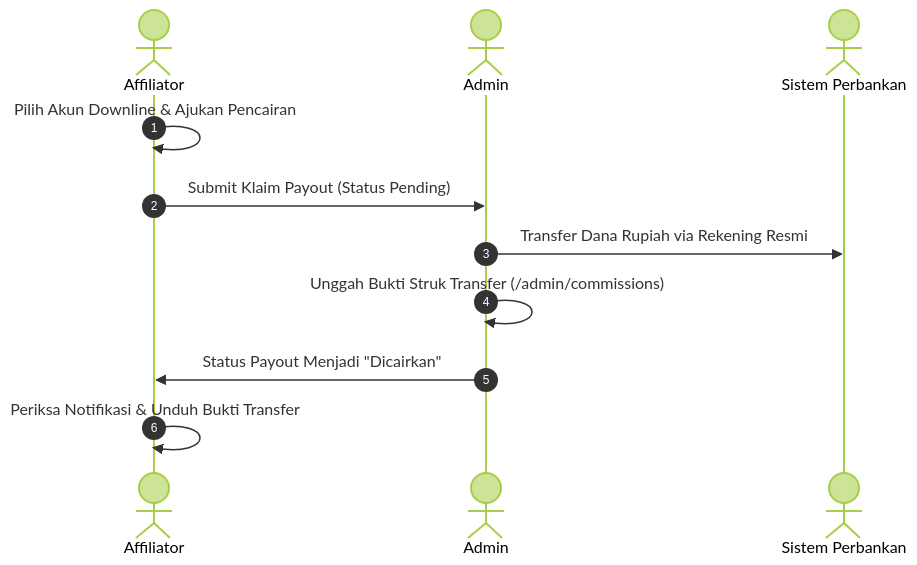
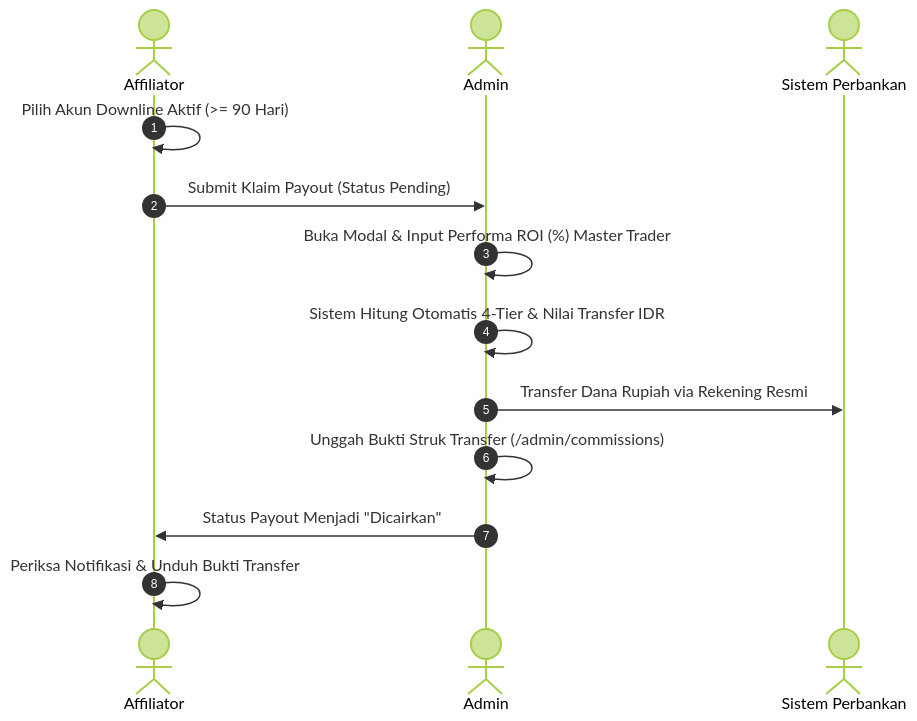
One commit to fransgabrielhutauruk/yzd-center changed the fourth of 4 diagrams in docs/uat/lembar-pengujian-uat-lengkap.md. Above: the diagram before and after it, drawn with Mermaid (forest theme). The commit also changed other lines of this file and 1 other file, not shown here.

````diff
--- a/docs/uat/lembar-pengujian-uat-lengkap.md
+++ b/docs/uat/lembar-pengujian-uat-lengkap.md
@@ -269,13 +299,15 @@
 ```mermaid
 sequenceDiagram
     autonumber
     actor Affiliator
     actor Admin
     actor Bank as Sistem Perbankan
-    Affiliator->>Affiliator: Pilih Akun Downline & Ajukan Pencairan
+    Affiliator->>Affiliator: Pilih Akun Downline Aktif (>= 90 Hari)
     Affiliator->>Admin: Submit Klaim Payout (Status Pending)
+    Admin->>Admin: Buka Modal & Input Performa ROI (%) Master Trader
+    Admin->>Admin: Sistem Hitung Otomatis 4-Tier & Nilai Transfer IDR
     Admin->>Bank: Transfer Dana Rupiah via Rekening Resmi
     Admin->>Admin: Unggah Bukti Struk Transfer (/admin/commissions)
     Admin->>Affiliator: Status Payout Menjadi "Dicairkan"
     Affiliator->>Affiliator: Periksa Notifikasi & Unduh Bukti Transfer
 ```
````
